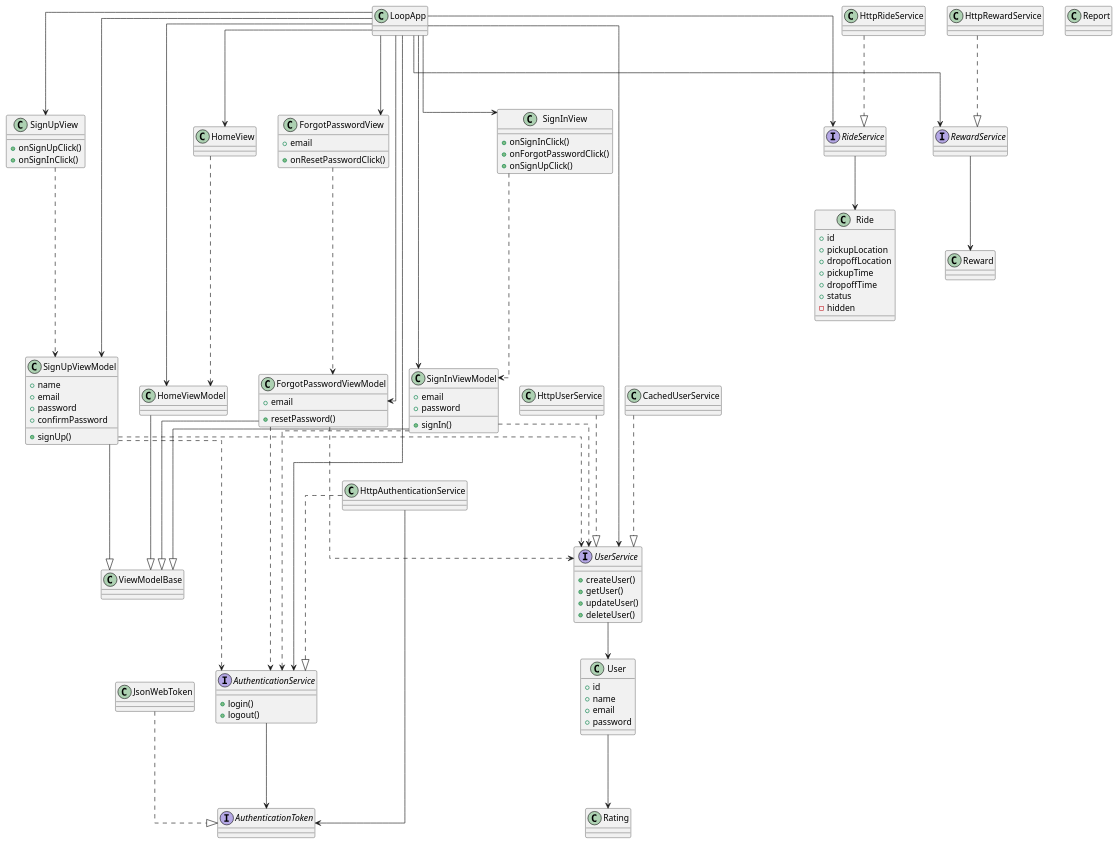
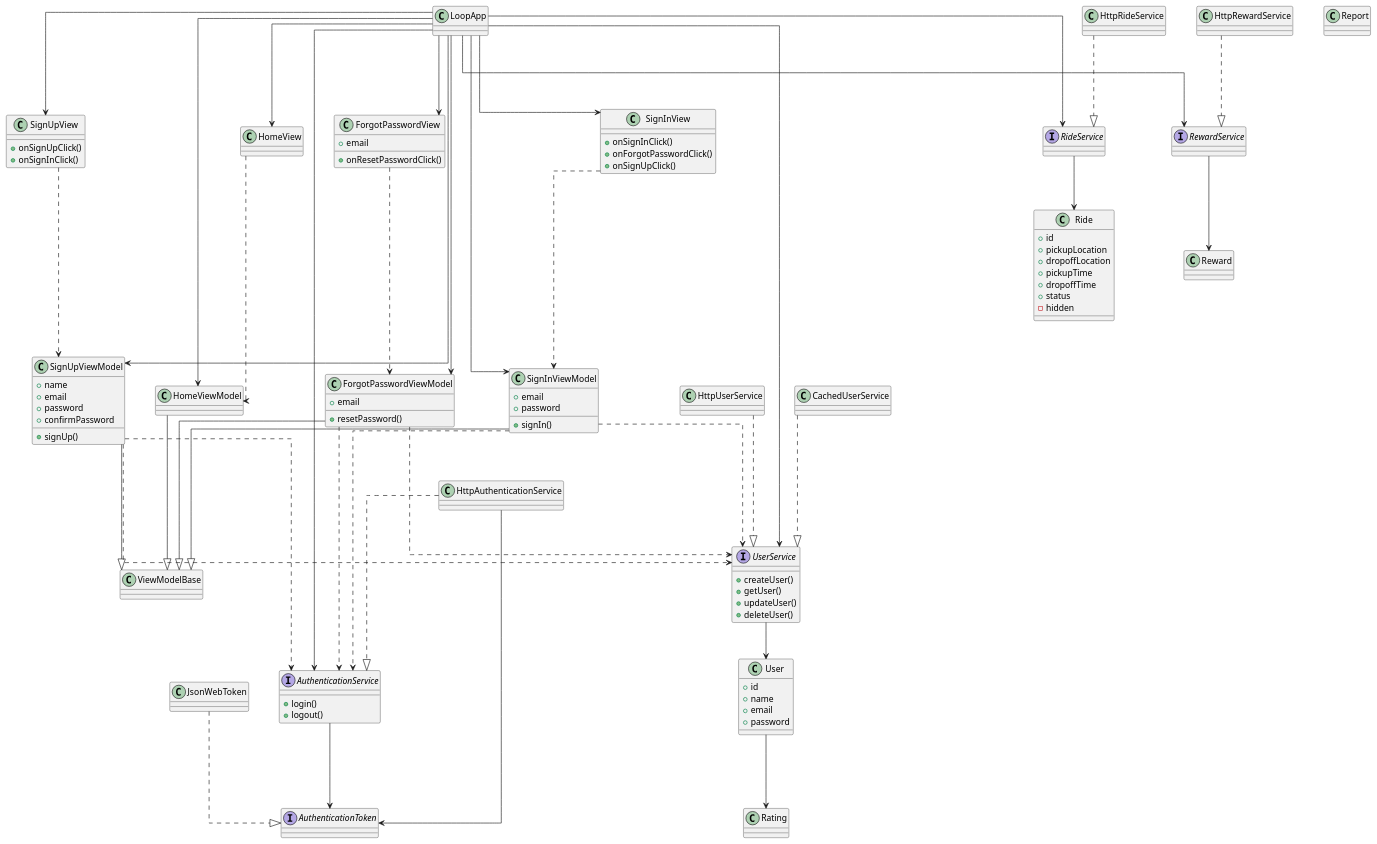
Before and after one commit to YannisRavasopoulos/ProjectSD_S6: the diagram in reports/class-diagram.plantuml, drawn with PlantUML. The commit also changed 2 other files, not shown here.

Commit message:
Plantuml use-case diagram

```diff
--- a/reports/class-diagram.plantuml
+++ b/reports/class-diagram.plantuml
@@ -1,172 +1,174 @@
 @startuml
 skinparam linetype ortho
+skinparam nodesep 50
+
 
 LoopApp ---> SignInView
 LoopApp ---> SignUpView
 LoopApp ---> ForgotPasswordView
 LoopApp ---> SignInViewModel
 LoopApp ---> SignUpViewModel
 LoopApp ---> ForgotPasswordViewModel
 LoopApp ---> HomeView
 LoopApp ---> HomeViewModel
 LoopApp ---> AuthenticationService
 LoopApp ---> UserService
 LoopApp ---> RideService
 LoopApp ---> RewardService
 
 JsonWebToken ...|> AuthenticationToken
 
 AuthenticationService ---> AuthenticationToken
 HttpAuthenticationService ---> AuthenticationToken
 UserService --> User
 RideService --> Ride
 RewardService --> Reward
 
 SignInViewModel ---|> ViewModelBase
 SignUpViewModel ---|> ViewModelBase
 ForgotPasswordViewModel ---|> ViewModelBase
 HomeViewModel ---|> ViewModelBase
 
 SignInView ...> SignInViewModel
 SignInViewModel ....> AuthenticationService
 SignInViewModel ..> UserService
 
 SignUpView ...> SignUpViewModel
 SignUpViewModel ...> AuthenticationService
 SignUpViewModel ...> UserService
 
 ForgotPasswordView ...> ForgotPasswordViewModel
 ForgotPasswordViewModel ...> AuthenticationService
 ForgotPasswordViewModel ...> UserService
 
 HomeView ...> HomeViewModel
 
 HttpUserService ...|> UserService
 CachedUserService ...|> UserService
 HttpAuthenticationService ...|> AuthenticationService
 HttpRideService ...|> RideService
 HttpRewardService ...|> RewardService
 
 User ---> Rating
 
 
 class LoopApp {
 
 }
 
 class ViewModelBase {
 
 }
 
 class RideService {
 
 }
 
 class SignInView {
     +onSignInClick()
     +onForgotPasswordClick()
     +onSignUpClick()
 }
 
 class SignInViewModel {
     +email
     +password
     +signIn()
 }
 
 class SignUpView {
     +onSignUpClick()
     +onSignInClick()
 }
 
 class SignUpViewModel {
     +name
     +email
     +password
     +confirmPassword
     +signUp()
 }
 
 class ForgotPasswordView {
     +email
     +onResetPasswordClick()
 }
 
 class ForgotPasswordViewModel {
     +email
     +resetPassword()
 }
 
 class HomeView {
 
 }
 
 class HomeViewModel {
 }
 
 interface AuthenticationService {
     +login()
     +logout()
 }
 
 interface UserService {
     +createUser()
     +getUser()
     +updateUser()
     +deleteUser()
 }
 
 interface AuthenticationToken {
 
 }
 
 class CachedUserService {
 }
 
 class JsonWebToken {
 }
 
 class HttpRideService {
 }
 
 class HttpRewardService {
 }
 
 interface RideService {
 
 }
 
 interface RewardService {
 }
 
 class Reward {
 
 }
 
 class Rating {
 
 }
 
 class Report {
 
 }
 
 class User {
     +id
     +name
     +email
     +password
 }
 
 class Ride {
     +id
     +pickupLocation
     +dropoffLocation
     +pickupTime
     +dropoffTime
     +status
     -hidden
 }
 
 
 @enduml
```
